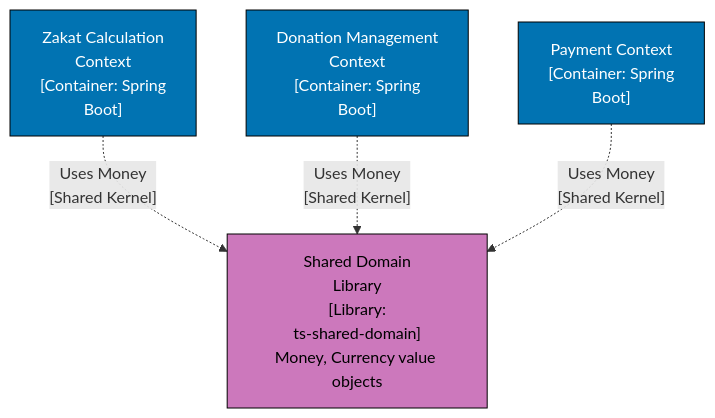
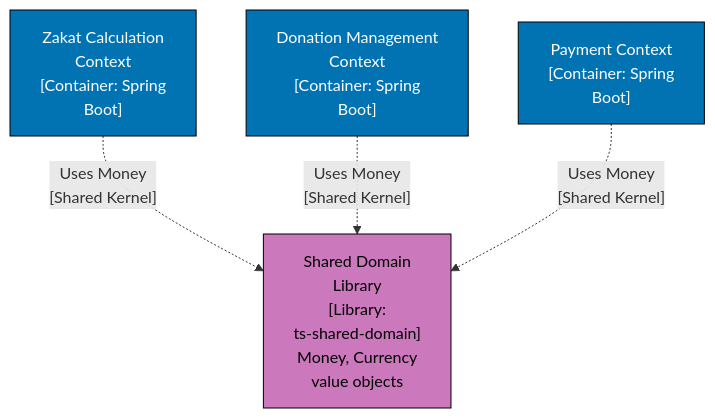
Before and after one commit to wahidyankf/ose-public: the fifth of 5 diagrams in docs/explanation/software-engineering/architecture/c4-architecture-model/bounded-context-visualization.md, drawn with Mermaid. The commit also changed other lines of this file and 220 other files, not shown here.

First line of the commit message:
docs: split mermaid labels to 20 graphemes and add palette defaults

````diff
--- a/docs/explanation/software-engineering/architecture/c4-architecture-model/bounded-context-visualization.md
+++ b/docs/explanation/software-engineering/architecture/c4-architecture-model/bounded-context-visualization.md
@@ -220,17 +224,18 @@
 ```mermaid
 graph TD
     accTitle: REQUIRED: Show Shared Kernel as Supporting Components
     accDescr: Zakat Calculation Context Container: Spring Boot leads to Shared Domain Library Library: ts-shared-domain Money, Currency value objects via Uses Money Shared Kernel; and 2 more links.
-    SharedLib["Shared Domain<br/>Library<br/>[Library:<br/>ts-shared-domain]<br/>Money, Currency value objects"]:::purple
+    SharedLib["Shared Domain<br/>Library<br/>[Library:<br/>ts-shared-domain]<br/>Money, Currency<br/>value objects"]:::purple
 
     ZakatAPI["Zakat Calculation<br/>Context<br/>[Container: Spring<br/>Boot]"]:::blue
     DonationAPI["Donation Management<br/>Context<br/>[Container: Spring<br/>Boot]"]:::blue
     PaymentAPI["Payment Context<br/>[Container: Spring<br/>Boot]"]:::blue
 
     ZakatAPI -.->|"Uses Money<br/>[Shared Kernel]"| SharedLib
     DonationAPI -.->|"Uses Money<br/>[Shared Kernel]"| SharedLib
     PaymentAPI -.->|"Uses Money<br/>[Shared Kernel]"| SharedLib
 
     classDef blue fill:#0173B2,stroke:#000000,color:#FFFFFF
     classDef purple fill:#CC78BC,stroke:#000000,color:#000000
+    classDef default fill:#FFFFFF,stroke:#000000,color:#000000
 ```
````
